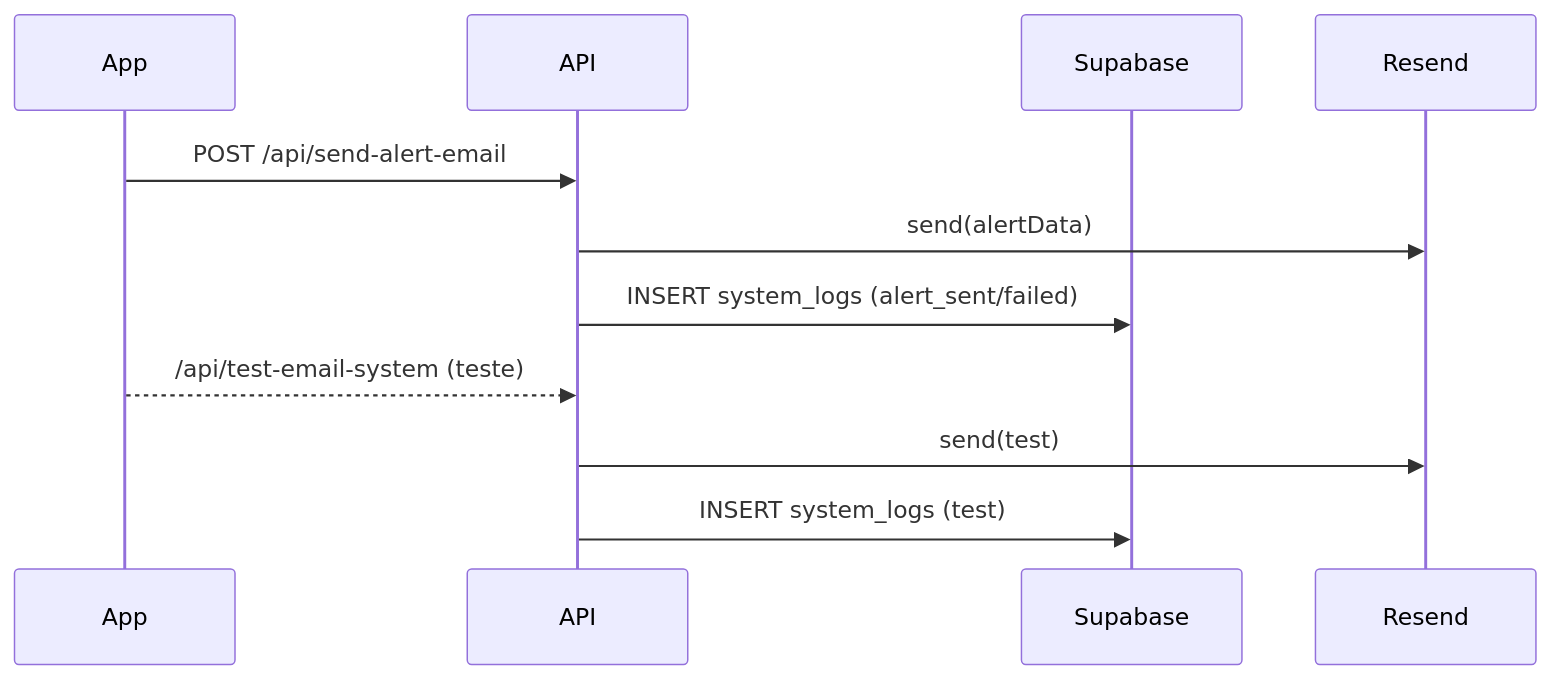
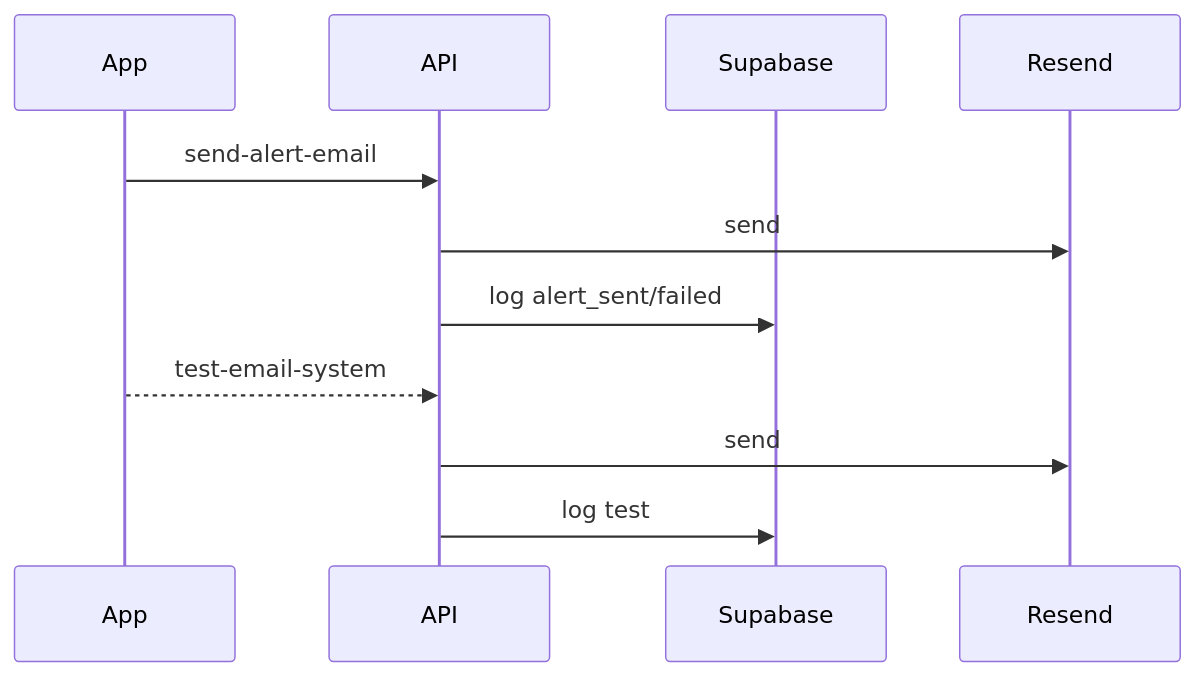
One commit to mateusoliveiradev1/AIMindset changed the second of 2 diagrams in README.md. Above: the diagram before and after it, drawn with Mermaid. The commit also changed other lines of this file, not shown here.

````diff
--- a/README.md
+++ b/README.md
@@ -241,14 +241,14 @@
 ```mermaid
 sequenceDiagram
   participant App
   participant API
   participant DB as Supabase
   participant Mail as Resend
 
-  App->>API: POST /api/send-alert-email
-  API->>Mail: send(alertData)
-  API->>DB: INSERT system_logs (alert_sent/failed)
-  App-->>API: /api/test-email-system (teste)
-  API->>Mail: send(test)
-  API->>DB: INSERT system_logs (test)
+  App->>API: send-alert-email
+  API->>Mail: send
+  API->>DB: log alert_sent/failed
+  App-->>API: test-email-system
+  API->>Mail: send
+  API->>DB: log test
 ```
````
